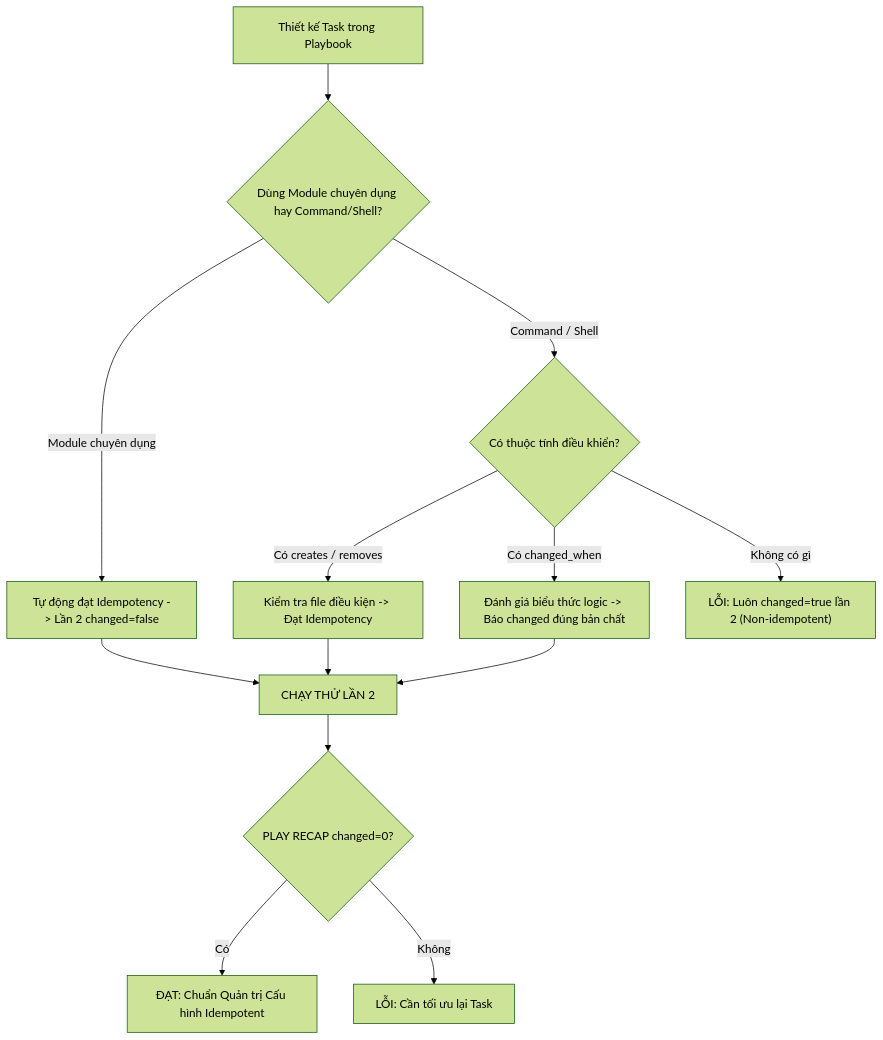
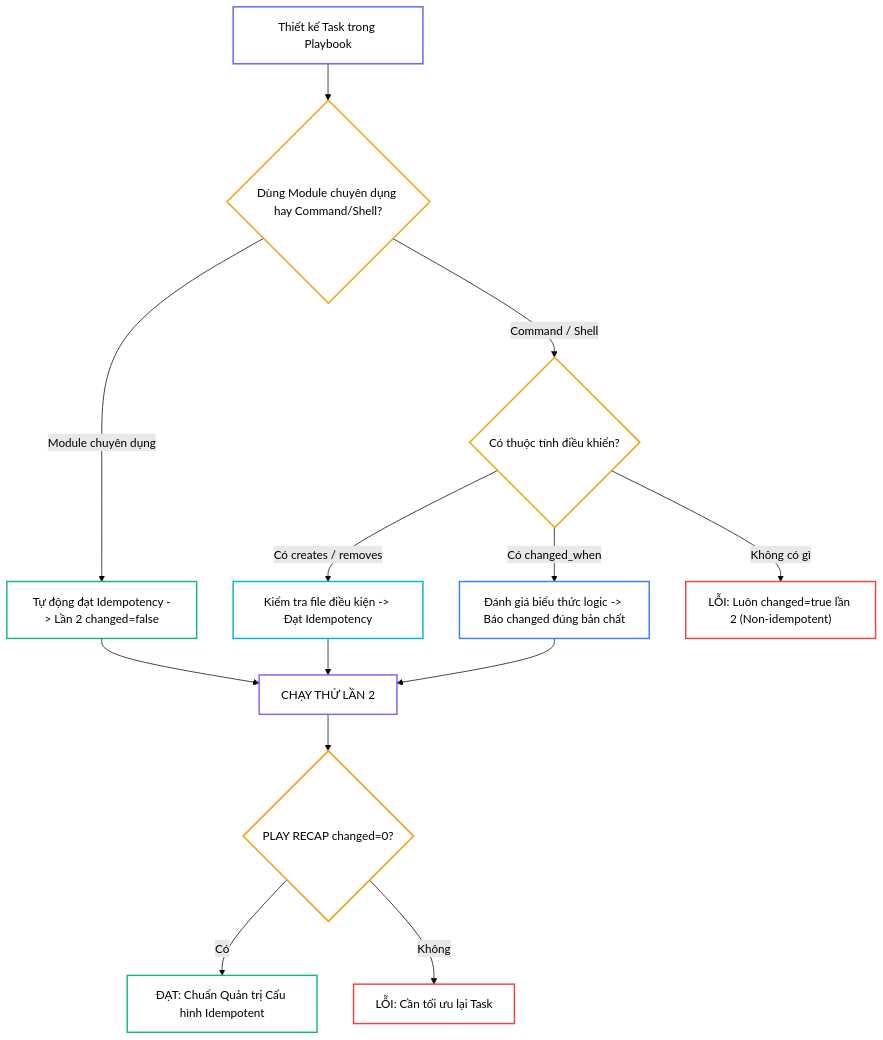
Before and after one commit to kiennt308/ntk: the second of 3 diagrams in _posts/2026-09-13-ansible-06-06-idempotency.md, drawn with Mermaid (forest theme). The commit also changed other lines of this file and 30 other files, not shown here.

````diff
--- a/_posts/2026-09-13-ansible-06-06-idempotency.md
+++ b/_posts/2026-09-13-ansible-06-06-idempotency.md
@@ -292,15 +300,27 @@
 ```mermaid
 flowchart TD
     A["Thiết kế Task trong Playbook"] --> B{"Dùng Module chuyên dụng hay Command/Shell?"}
     B -->|"Module chuyên dụng"| C["Tự động đạt Idempotency -> Lần 2 changed=false"]
     B -->|"Command / Shell"| D{"Có thuộc tính điều khiển?"}
     
     D -->|"Có creates / removes"| E["Kiểm tra file điều kiện -> Đạt Idempotency"]
     D -->|"Có changed_when"| F["Đánh giá biểu thức logic -> Báo changed đúng bản chất"]
     D -->|"Không có gì"| G["LỖI: Luôn changed=true lần 2 (Non-idempotent)"]
     
     C & E & F --> H["CHẠY THỬ LẦN 2"]
     H --> I{"PLAY RECAP changed=0?"}
-    I -- Có --> J["ĐẠT: Chuẩn Quản trị Cấu hình Idempotent"]
-    I -- Không --> K["LỖI: Cần tối ưu lại Task"]
+    I -->|"Có"| J["ĐẠT: Chuẩn Quản trị Cấu hình Idempotent"]
+    I -->|"Không"| K["LỖI: Cần tối ưu lại Task"]
+
+    style A fill:none,stroke:#6366f1,stroke-width:2px
+    style B fill:none,stroke:#f59e0b,stroke-width:2px
+    style C fill:none,stroke:#10b981,stroke-width:2px
+    style D fill:none,stroke:#f59e0b,stroke-width:2px
+    style E fill:none,stroke:#06b6d4,stroke-width:2px
+    style F fill:none,stroke:#3b82f6,stroke-width:2px
+    style G fill:none,stroke:#ef4444,stroke-width:2px
+    style H fill:none,stroke:#8b5cf6,stroke-width:2px
+    style I fill:none,stroke:#f59e0b,stroke-width:2px
+    style J fill:none,stroke:#10b981,stroke-width:2px
+    style K fill:none,stroke:#ef4444,stroke-width:2px
 ```
````
